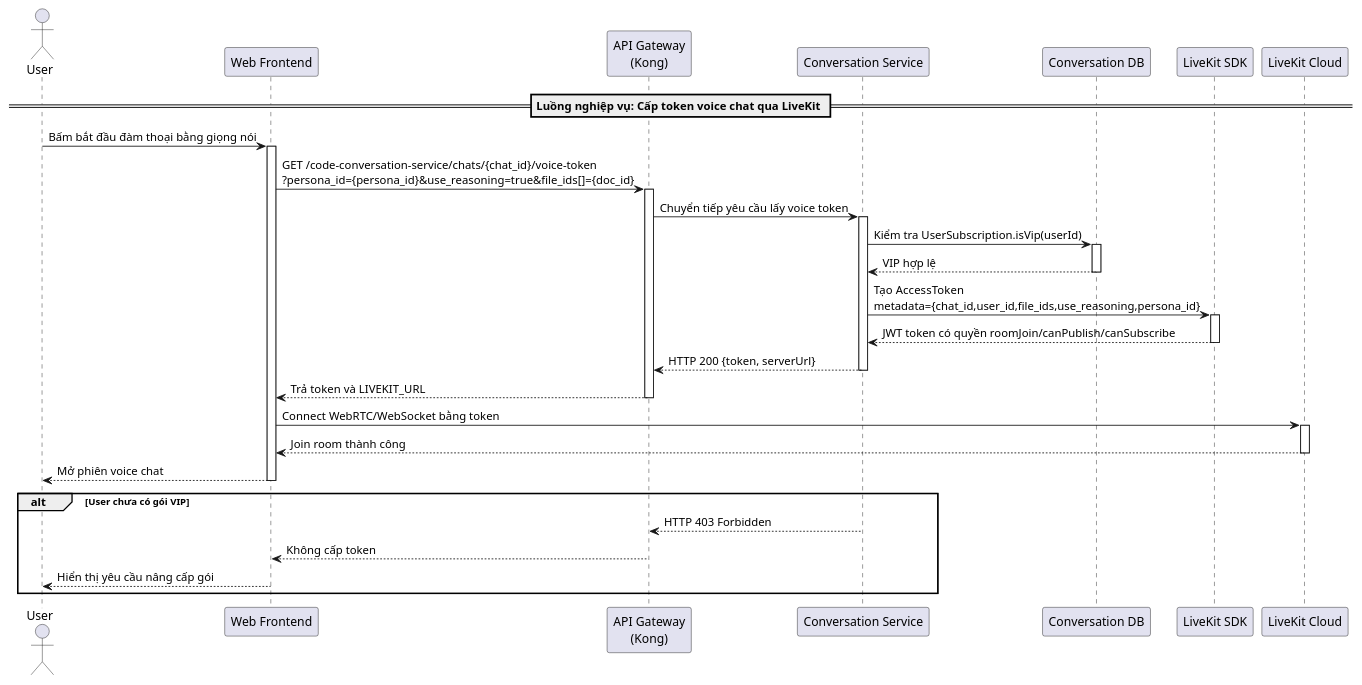
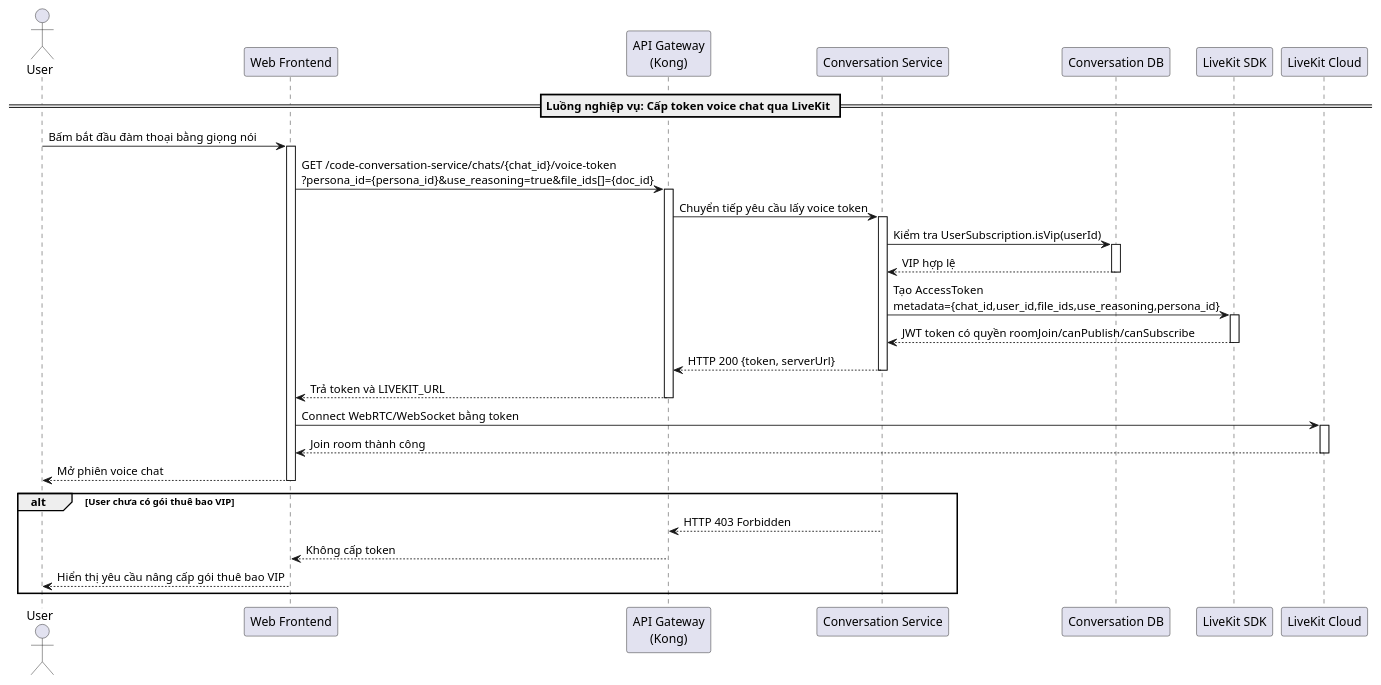
The diagram in temp/05-sequence/UML-Sequence-36.puml (20206205Tech/docs-uml), drawn with PlantUML before and after one commit. The commit also changed 36 other files, not shown here.

```diff
--- a/temp/05-sequence/UML-Sequence-36.puml
+++ b/temp/05-sequence/UML-Sequence-36.puml
@@ -1,49 +1,49 @@
 @startuml
 actor "User" as User
 participant "Web Frontend" as Frontend
 participant "API Gateway\n(Kong)" as Kong
 participant "Conversation Service" as ConversationService
 participant "Conversation DB" as ConversationDB
 participant "LiveKit SDK" as LiveKitSDK
 participant "LiveKit Cloud" as LiveKit
 
 == Luồng nghiệp vụ: Cấp token voice chat qua LiveKit ==
 
 User -> Frontend: Bấm bắt đầu đàm thoại bằng giọng nói
 activate Frontend
 
 Frontend -> Kong: GET /code-conversation-service/chats/{chat_id}/voice-token\n?persona_id={persona_id}&use_reasoning=true&file_ids[]={doc_id}
 activate Kong
 Kong -> ConversationService: Chuyển tiếp yêu cầu lấy voice token
 activate ConversationService
 
 ConversationService -> ConversationDB: Kiểm tra UserSubscription.isVip(userId)
 activate ConversationDB
 ConversationDB --> ConversationService: VIP hợp lệ
 deactivate ConversationDB
 
 ConversationService -> LiveKitSDK: Tạo AccessToken\nmetadata={chat_id,user_id,file_ids,use_reasoning,persona_id}
 activate LiveKitSDK
 LiveKitSDK --> ConversationService: JWT token có quyền roomJoin/canPublish/canSubscribe
 deactivate LiveKitSDK
 
 ConversationService --> Kong: HTTP 200 {token, serverUrl}
 deactivate ConversationService
 Kong --> Frontend: Trả token và LIVEKIT_URL
 deactivate Kong
 
 Frontend -> LiveKit: Connect WebRTC/WebSocket bằng token
 activate LiveKit
 LiveKit --> Frontend: Join room thành công
 deactivate LiveKit
 
 Frontend --> User: Mở phiên voice chat
 deactivate Frontend
 
-alt User chưa có gói VIP
+alt User chưa có gói thuê bao VIP
     ConversationService --> Kong: HTTP 403 Forbidden
     Kong --> Frontend: Không cấp token
-    Frontend --> User: Hiển thị yêu cầu nâng cấp gói
+    Frontend --> User: Hiển thị yêu cầu nâng cấp gói thuê bao VIP
 end
 
 @enduml
```
